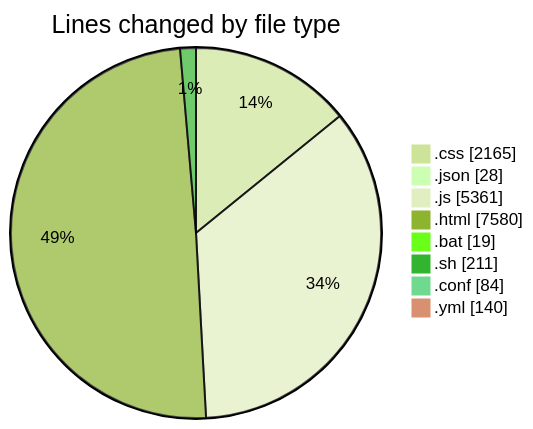
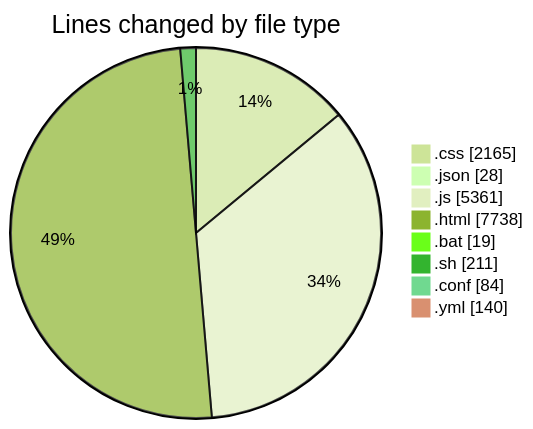
Before and after one commit to becaeroporto-bot/code-tracking: the first of 2 diagrams in 2026-02-18/bot_v1_2/README.md, drawn with Mermaid (forest theme). The commit also changed other lines of this file and 1 other file, not shown here.

````diff
--- a/2026-02-18/bot_v1_2/README.md
+++ b/2026-02-18/bot_v1_2/README.md
@@ -44,12 +44,12 @@
 ```mermaid
 pie showData
 title Lines changed by file type
 ".css" : 2165
 ".json" : 28
 ".js" : 5361
-".html" : 7580
+".html" : 7738
 ".bat" : 19
 ".sh" : 211
 ".conf" : 84
 ".yml" : 140
 ```
````
